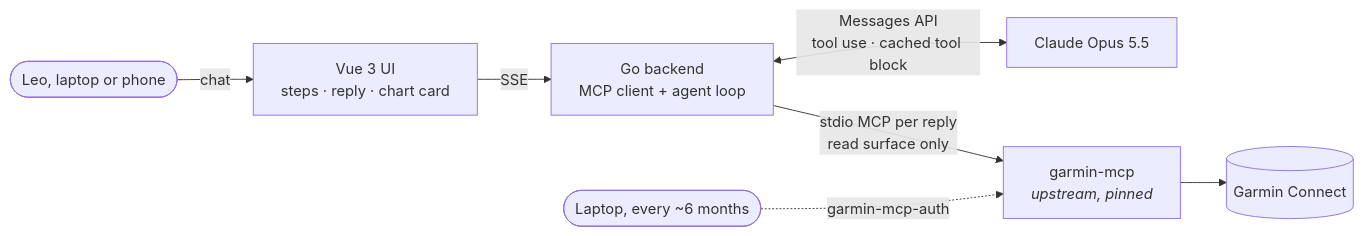
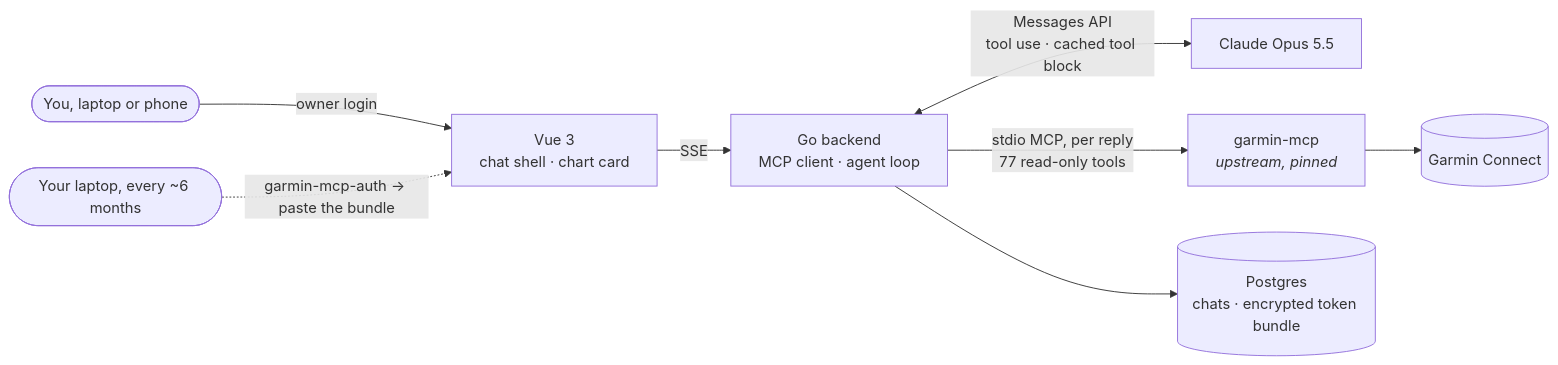
The first of 2 diagrams in README.md (lmagsino/run-coach-ai), drawn with Mermaid before and after one commit. The commit also changed other lines of this file and 9 other files, not shown here.

First line of the commit message:
docs: README with screenshots and diagrams

````diff
--- a/README.md
+++ b/README.md
@@ -33,9 +41,10 @@
 ```mermaid
 flowchart LR
-    Leo([Leo, laptop or phone]) -->|chat| Vue["Vue 3 UI<br/>steps · reply · chart card"]
-    Vue -->|SSE| Go["Go backend<br/>MCP client + agent loop"]
+    You([You, laptop or phone]) -->|owner login| UI["Vue 3<br/>chat shell · chart card"]
+    UI -->|SSE| Go["Go backend<br/>MCP client · agent loop"]
     Go <-->|"Messages API<br/>tool use · cached tool block"| Claude["Claude Opus 5.5"]
-    Go -->|"stdio MCP per reply<br/>read surface only"| GMCP["garmin-mcp<br/><i>upstream, pinned</i>"]
-    GMCP --> Garmin[("Garmin Connect")]
-    Laptop([Laptop, every ~6 months]) -. "garmin-mcp-auth" .-> GMCP
+    Go -->|"stdio MCP, per reply<br/>77 read-only tools"| MCP["garmin-mcp<br/><i>upstream, pinned</i>"]
+    MCP --> Garmin[("Garmin Connect")]
+    Go --> DB[("Postgres<br/>chats · encrypted token bundle")]
+    Laptop([Your laptop, every ~6 months]) -. "garmin-mcp-auth → paste the bundle" .-> UI
 ```
````
